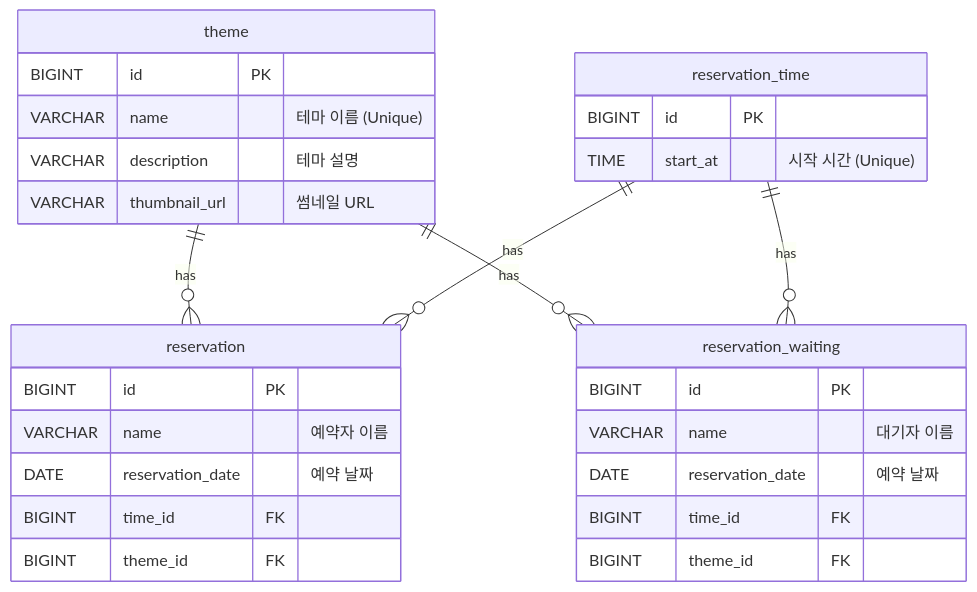
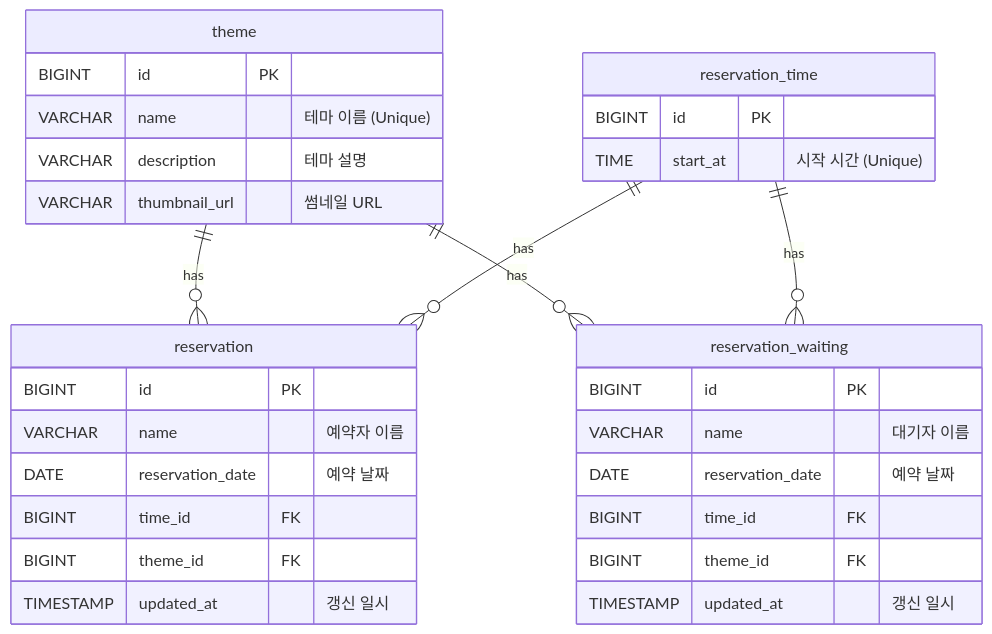
One commit to woowacourse/spring-roomescape-waiting changed the diagram in README.md. Above: the diagram before and after it, drawn with Mermaid. The commit also changed other lines of this file, not shown here.

Commit message:
docs: update ERD to reflect actual DB schema (updated_at)

````diff
--- a/README.md
+++ b/README.md
@@ -44,35 +44,37 @@
 ```mermaid
 erDiagram
     theme {
         BIGINT id PK
         VARCHAR name "테마 이름 (Unique)"
         VARCHAR description "테마 설명"
         VARCHAR thumbnail_url "썸네일 URL"
     }
     
     reservation_time {
         BIGINT id PK
         TIME start_at "시작 시간 (Unique)"
     }
     
     reservation {
         BIGINT id PK
         VARCHAR name "예약자 이름"
         DATE reservation_date "예약 날짜"
         BIGINT time_id FK
         BIGINT theme_id FK
+        TIMESTAMP updated_at "갱신 일시"
     }
     
     reservation_waiting {
         BIGINT id PK
         VARCHAR name "대기자 이름"
         DATE reservation_date "예약 날짜"
         BIGINT time_id FK
         BIGINT theme_id FK
+        TIMESTAMP updated_at "갱신 일시"
     }
 
     theme ||--o{ reservation : "has"
     reservation_time ||--o{ reservation : "has"
     theme ||--o{ reservation_waiting : "has"
     reservation_time ||--o{ reservation_waiting : "has"
 ```
````
